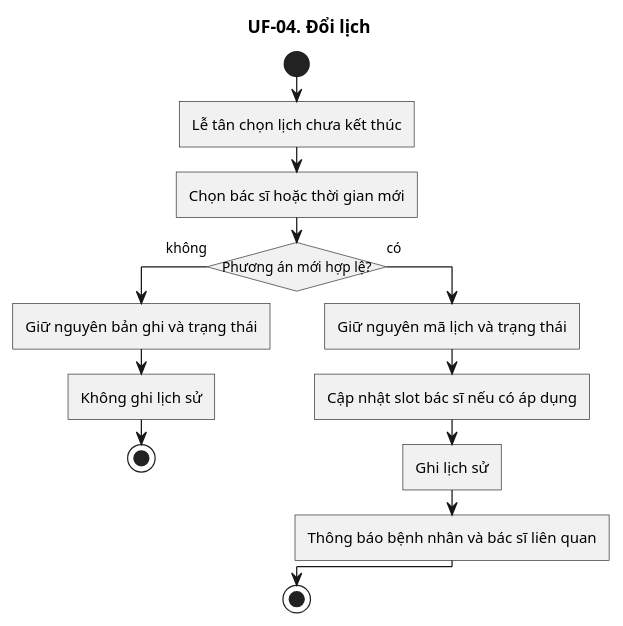
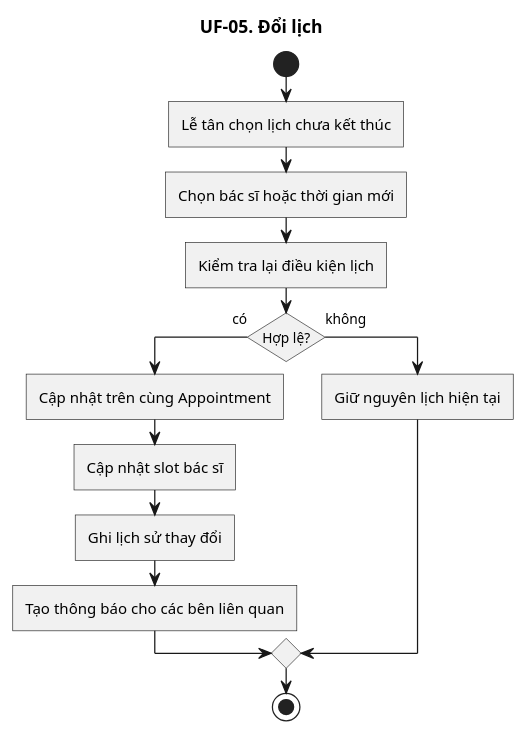
Before and after one commit to KhaVan-oi/ViClinic: the diagram in doc/user-flow/05-doi.puml, drawn with PlantUML. The commit also changed 26 other files, not shown here.

```diff
--- a/doc/user-flow/05-doi.puml
+++ b/doc/user-flow/05-doi.puml
@@ -1,23 +1,23 @@
 @startuml
-title UF-04. Đổi lịch
+title UF-05. Đổi lịch
+
 skinparam linetype ortho
 skinparam shadowing false
 skinparam roundcorner 0
 skinparam conditionStyle InsideDiamond
 skinparam conditionEndStyle diamond
 
 start
 :Lễ tân chọn lịch chưa kết thúc;
 :Chọn bác sĩ hoặc thời gian mới;
-if (Phương án mới hợp lệ?) then (không)
-  :Giữ nguyên bản ghi và trạng thái;
-  :Không ghi lịch sử;
-  stop
-else (có)
-  :Giữ nguyên mã lịch và trạng thái;
-  :Cập nhật slot bác sĩ nếu có áp dụng;
-  :Ghi lịch sử;
-  :Thông báo bệnh nhân và bác sĩ liên quan;
+:Kiểm tra lại điều kiện lịch;
+if (Hợp lệ?) then (có)
+  :Cập nhật trên cùng Appointment;
+  :Cập nhật slot bác sĩ;
+  :Ghi lịch sử thay đổi;
+  :Tạo thông báo cho các bên liên quan;
+else (không)
+  :Giữ nguyên lịch hiện tại;
 endif
 stop
 @enduml
```
